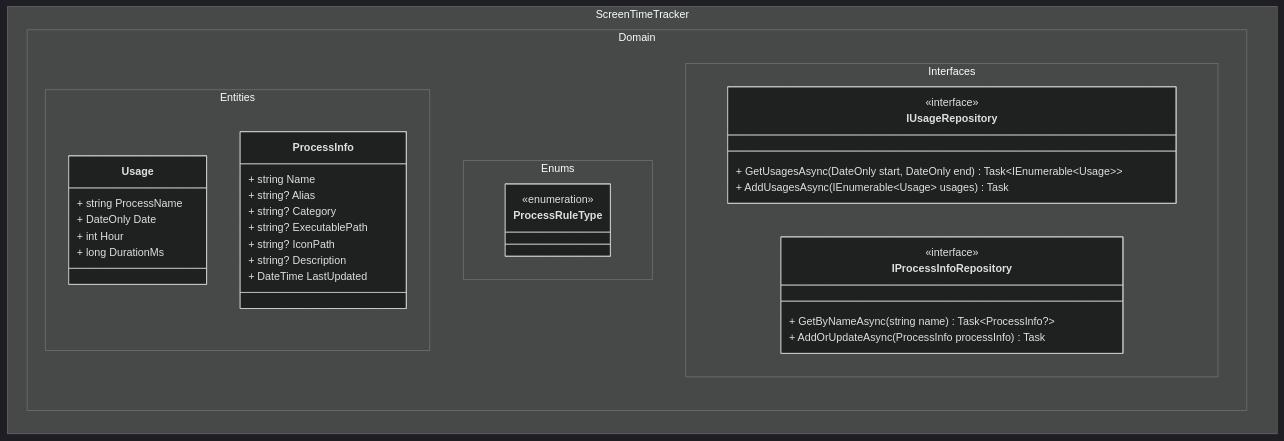
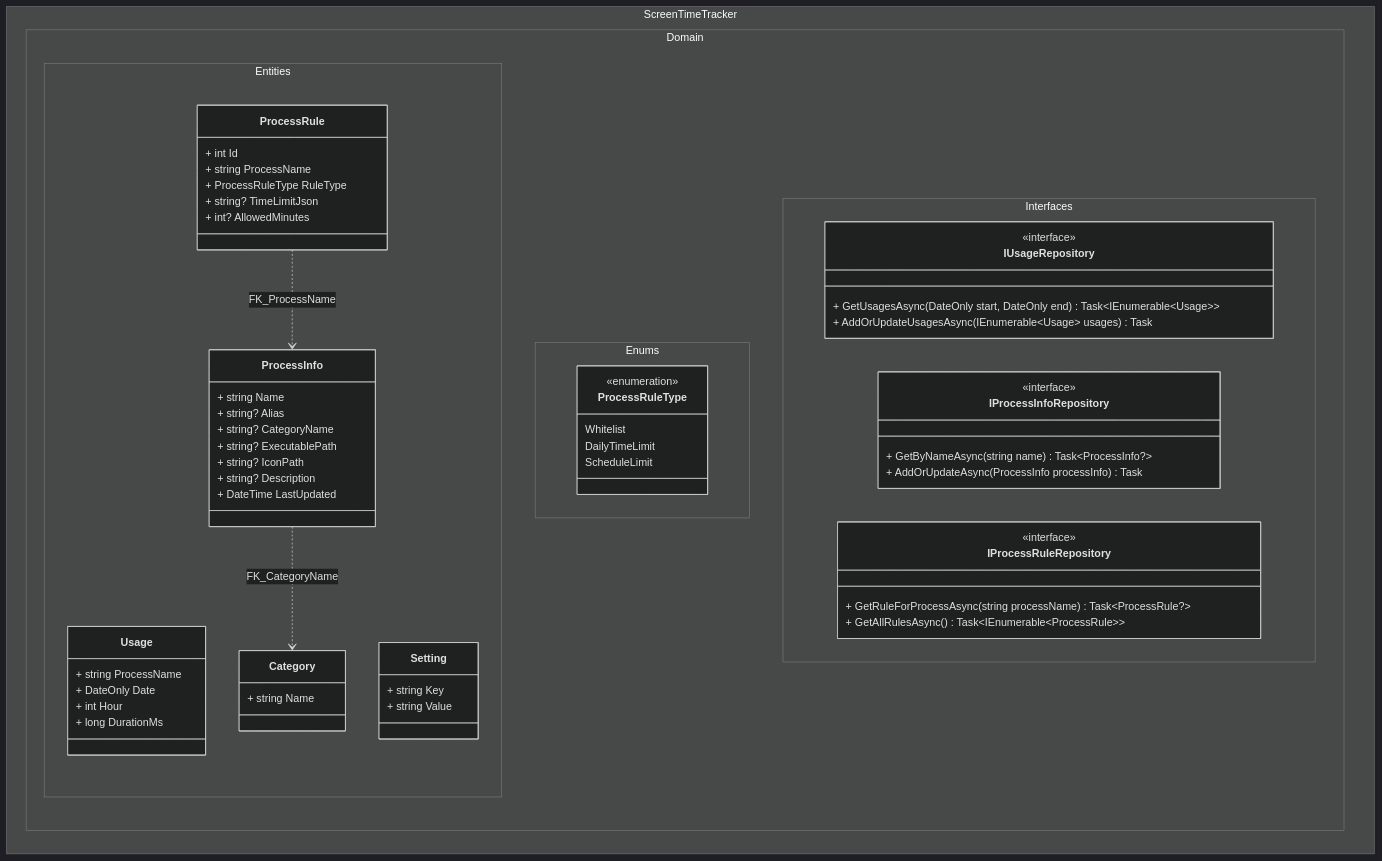
One commit to LaLa-HaHa-Hei/ScreenTimeTracker changed the second of 6 diagrams in docs/class-diagram.md. Above: the diagram before and after it, drawn with Mermaid (dark theme). The commit also changed other lines of this file, not shown here.

Commit message:
更新类图

````diff
--- a/docs/class-diagram.md
+++ b/docs/class-diagram.md
@@ -79,40 +65,65 @@
 ```mermaid 
 classDiagram
     direction TB
     namespace ScreenTimeTracker.Domain.Entities {
         class Usage {
             + string ProcessName
             + DateOnly Date
             + int Hour
             + long DurationMs
         }
         class ProcessInfo {
             + string Name
             + string? Alias
-            + string? Category
+            + string? CategoryName
             + string? ExecutablePath
             + string? IconPath
             + string? Description
             + DateTime LastUpdated
         }
-        %% ... 其他实体 ...
+        class ProcessRule {
+            + int Id
+            + string ProcessName
+            + ProcessRuleType RuleType
+            + string? TimeLimitJson
+            + int? AllowedMinutes
+        }
+        class Category {
+            + string Name
+        }
+        class Setting {
+             + string Key
+             + string Value
+        }
     }
+    ProcessInfo ..> Category : FK_CategoryName
+    ProcessRule ..> ProcessInfo : FK_ProcessName
+
     namespace ScreenTimeTracker.Domain.Enums {
          class ProcessRuleType {
             <<enumeration>>
+            Whitelist
+            DailyTimeLimit
+            ScheduleLimit
         }
     }
+
     namespace ScreenTimeTracker.Domain.Interfaces {
         class IUsageRepository {
             <<interface>>
             + GetUsagesAsync(DateOnly start, DateOnly end) Task~IEnumerable~Usage~~
-            + AddUsagesAsync(IEnumerable~Usage~ usages) Task
+            + AddOrUpdateUsagesAsync(IEnumerable~Usage~ usages) Task
         }
         class IProcessInfoRepository {
             <<interface>>
             + GetByNameAsync(string name) Task~ProcessInfo?~
             + AddOrUpdateAsync(ProcessInfo processInfo) Task
         }
-        %% ... 其他仓储接口 ...
+        class IProcessRuleRepository {
+            <<interface>>
+            + GetRuleForProcessAsync(string processName) Task~ProcessRule?~
+            + GetAllRulesAsync() Task~IEnumerable~ProcessRule~~
+            %% ... 其他CRUD方法 ...
+        }
     }
 ```
````
